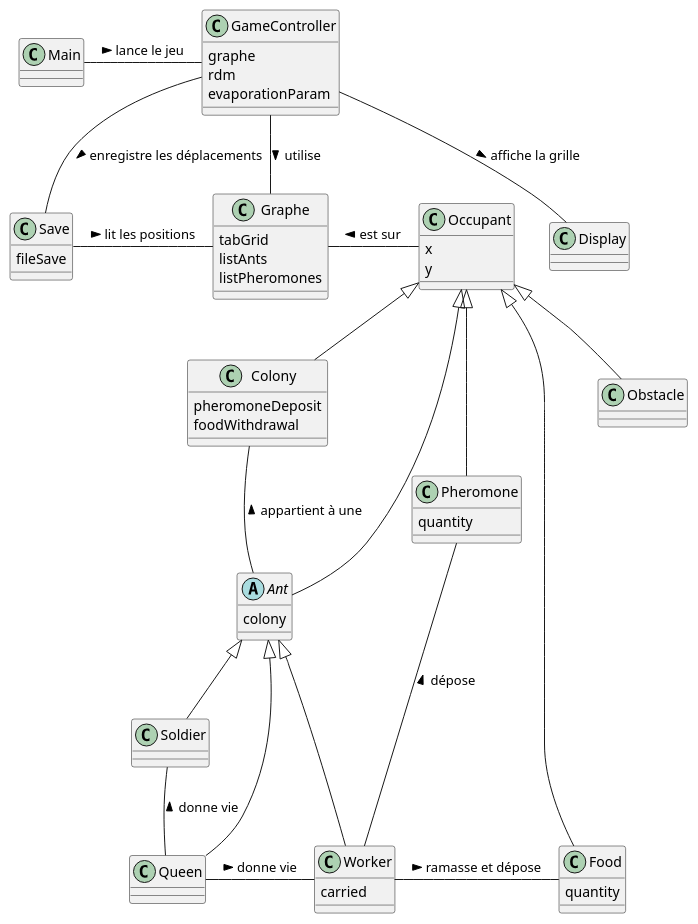
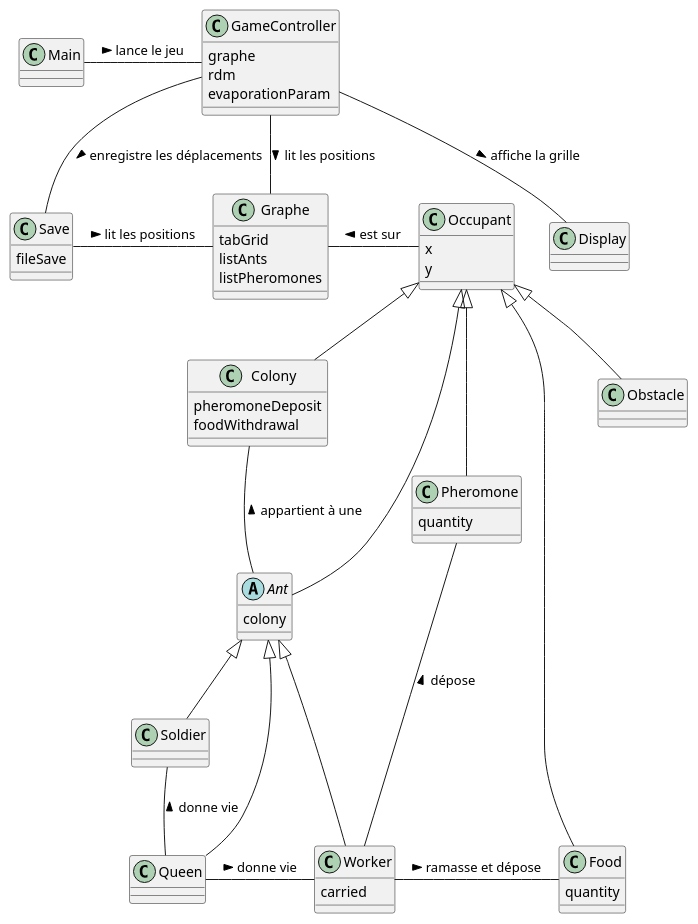
The diagram in src/main/uml/v2/DCa v2.puml (BaptisteWetterwald/dut-fourmis), drawn with PlantUML before and after one commit. The commit also changed 4 other files, not shown here.

```diff
--- a/src/main/uml/v2/DCa v2.puml
+++ b/src/main/uml/v2/DCa v2.puml
@@ -1,88 +1,88 @@
 @startuml
 'https://plantuml.com/class-diagram
 
 abstract class Ant extends Occupant
 {
     colony
 }
 
 class Colony extends Occupant
 {
     pheromoneDeposit
     foodWithdrawal
 }
 
 class Display
 {
 
 }
 
 class Food extends Occupant
 {
     quantity
 }
 
 class GameController
 {
     graphe
     rdm
     evaporationParam
 }
 
 class Graphe
 {
     tabGrid
     listAnts
     listPheromones
 }
 
 class Main
 {
 }
 
 class Obstacle extends Occupant
 {
 }
 
 class Occupant
 {
     x
     y
 }
 
 class Pheromone extends Occupant
 {
     quantity
 }
 
 class Queen extends Ant
 {
 }
 
 class Save
 {
     fileSave
 }
 
 class Soldier extends Ant
 {
 }
 
 class Worker extends Ant
 {
     carried
 }
 
 Main - GameController : lance le jeu >
-GameController - Graphe : utilise >
+GameController - Graphe : lit les positions >
 Graphe - Occupant : est sur <
 Ant -up- Colony : appartient à une >
 Queen -up- Soldier : donne vie >
 Queen - Worker : donne vie >
 Worker - Food : ramasse et dépose >
 Worker -up- Pheromone : dépose >
 GameController -- Display : affiche la grille >
 GameController -- Save : enregistre les déplacements >
 Save - Graphe : lit les positions >
 
 @enduml
```
